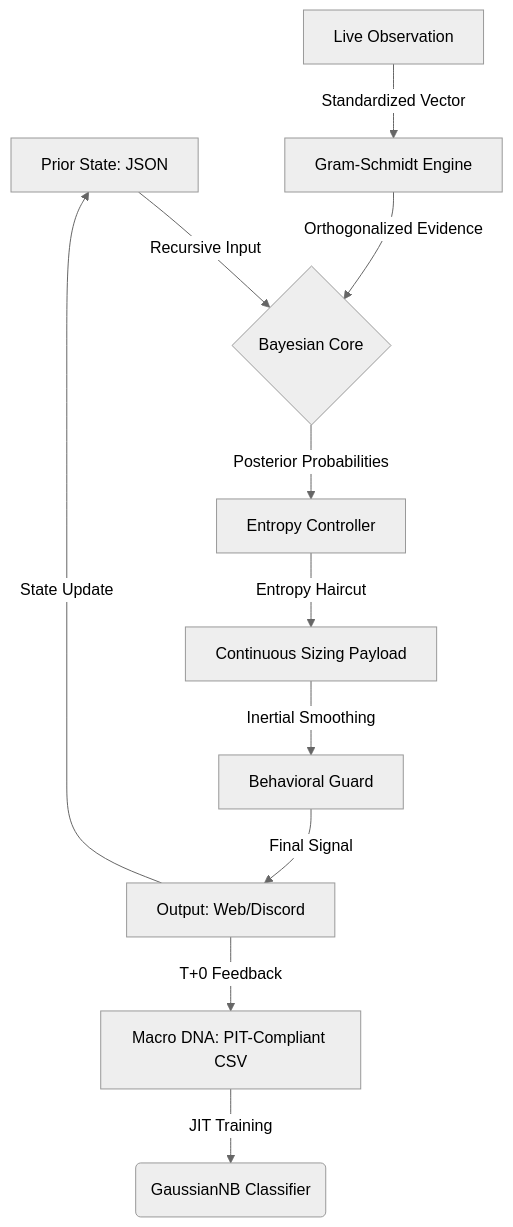
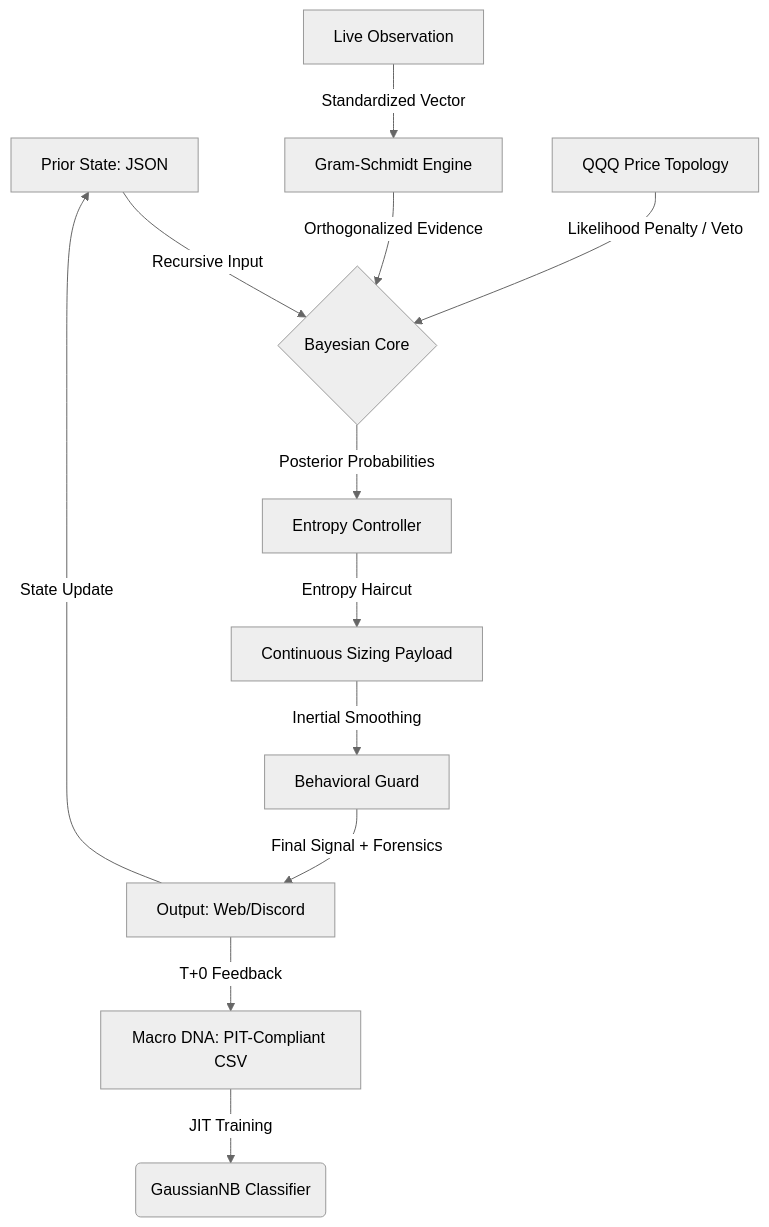
The diagram in docs/core/architecture.md (yutaofr/qqq-buyer-monitor), drawn with Mermaid (neutral theme) before and after one commit. The commit also changed other lines of this file and 23 other files, not shown here.

````diff
--- a/docs/core/architecture.md
+++ b/docs/core/architecture.md
@@ -29,13 +31,14 @@
 ```mermaid
 graph TD
     A[Macro DNA: PIT-Compliant CSV] -->|JIT Training| B(GaussianNB Classifier)
     C[Prior State: JSON] -->|Recursive Input| D{Bayesian Core}
     E[Live Observation] -->|Standardized Vector| G[Gram-Schmidt Engine]
     G -->|Orthogonalized Evidence| D
+    P[QQQ Price Topology] -->|Likelihood Penalty / Veto| D
     D -->|Posterior Probabilities| F[Entropy Controller]
     F -->|Entropy Haircut| H[Continuous Sizing Payload]
     H -->|Inertial Smoothing| I[Behavioral Guard]
-    I -->|Final Signal| J[Output: Web/Discord]
+    I -->|Final Signal + Forensics| J[Output: Web/Discord]
     J -->|T+0 Feedback| A
     J -->|State Update| C
 ```
````
